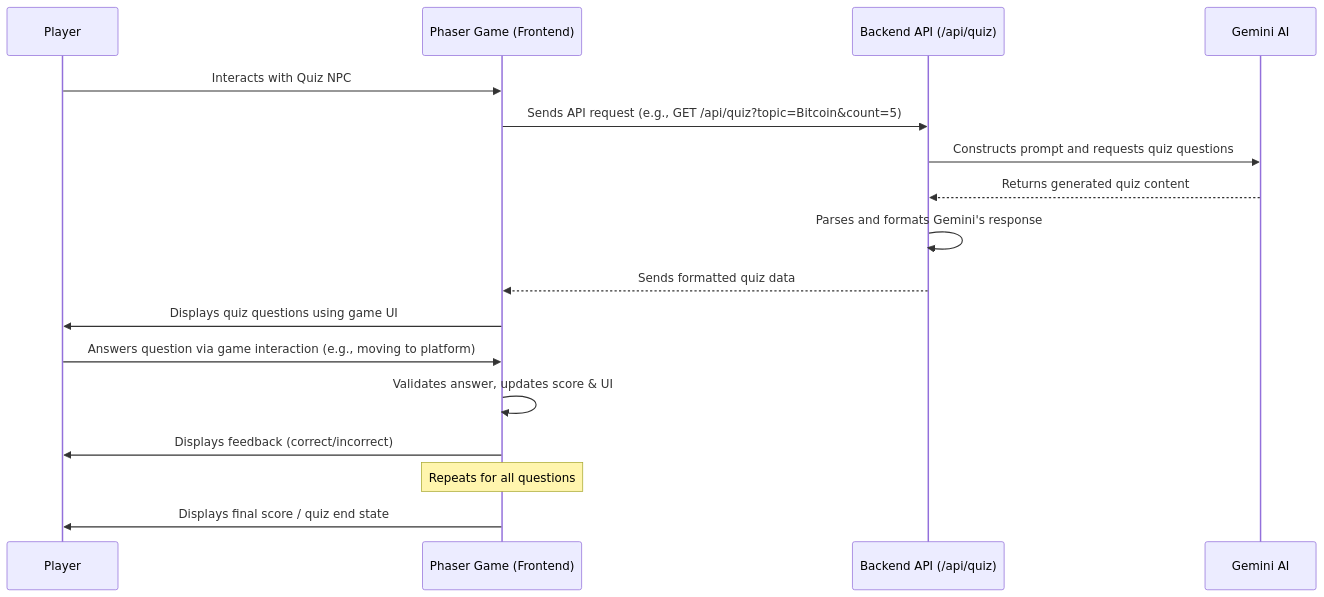
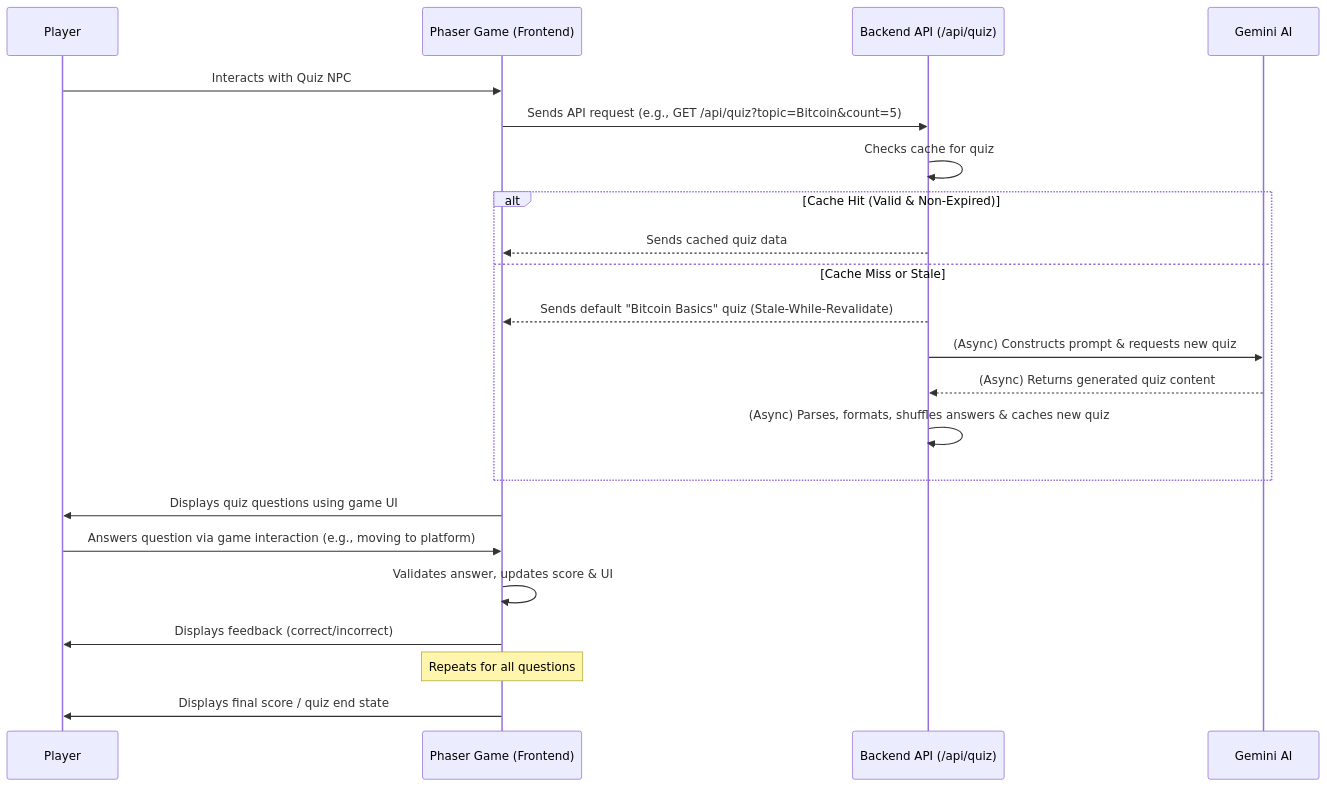
One commit to hermitonl/mmo changed the first of 2 diagrams in quiz_app_design.md. Above: the diagram before and after it, drawn with Mermaid. The commit also changed other lines of this file, not shown here.

Commit message:
quiz_app_design.md updated

````diff
--- a/quiz_app_design.md
+++ b/quiz_app_design.md
@@ -13,20 +14,25 @@
 ```mermaid
 sequenceDiagram
     participant Player
     participant Phaser Game (Frontend)
     participant Backend API (/api/quiz)
     participant Gemini AI
 
     Player->>Phaser Game (Frontend): Interacts with Quiz NPC
     Phaser Game (Frontend)->>Backend API (/api/quiz): Sends API request (e.g., GET /api/quiz?topic=Bitcoin&count=5)
-    Backend API (/api/quiz)->>Gemini AI: Constructs prompt and requests quiz questions
-    Gemini AI-->>Backend API (/api/quiz): Returns generated quiz content
-    Backend API (/api/quiz)->>Backend API (/api/quiz): Parses and formats Gemini's response
-    Backend API (/api/quiz)-->>Phaser Game (Frontend): Sends formatted quiz data
+    Backend API (/api/quiz)->>Backend API (/api/quiz): Checks cache for quiz
+    alt Cache Hit (Valid & Non-Expired)
+        Backend API (/api/quiz)-->>Phaser Game (Frontend): Sends cached quiz data
+    else Cache Miss or Stale
+        Backend API (/api/quiz)-->>Phaser Game (Frontend): Sends default "Bitcoin Basics" quiz (Stale-While-Revalidate)
+        Backend API (/api/quiz)->>Gemini AI: (Async) Constructs prompt & requests new quiz
+        Gemini AI-->>Backend API (/api/quiz): (Async) Returns generated quiz content
+        Backend API (/api/quiz)->>Backend API (/api/quiz): (Async) Parses, formats, shuffles answers & caches new quiz
+    end
     Phaser Game (Frontend)->>Player: Displays quiz questions using game UI
     Player->>Phaser Game (Frontend): Answers question via game interaction (e.g., moving to platform)
     Phaser Game (Frontend)->>Phaser Game (Frontend): Validates answer, updates score & UI
     Phaser Game (Frontend)->>Player: Displays feedback (correct/incorrect)
     Note over Phaser Game (Frontend): Repeats for all questions
     Phaser Game (Frontend)->>Player: Displays final score / quiz end state
 ```
````
